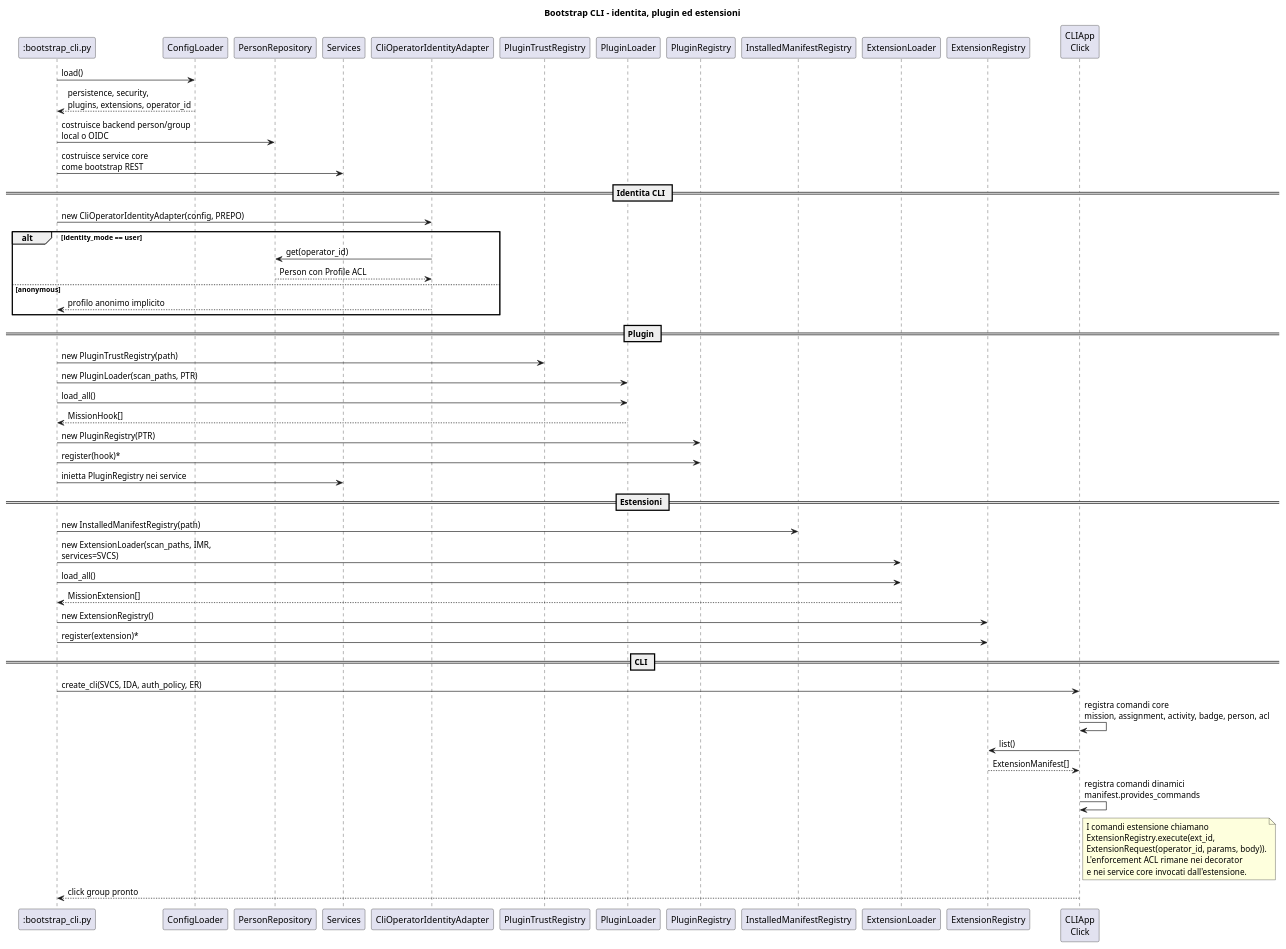
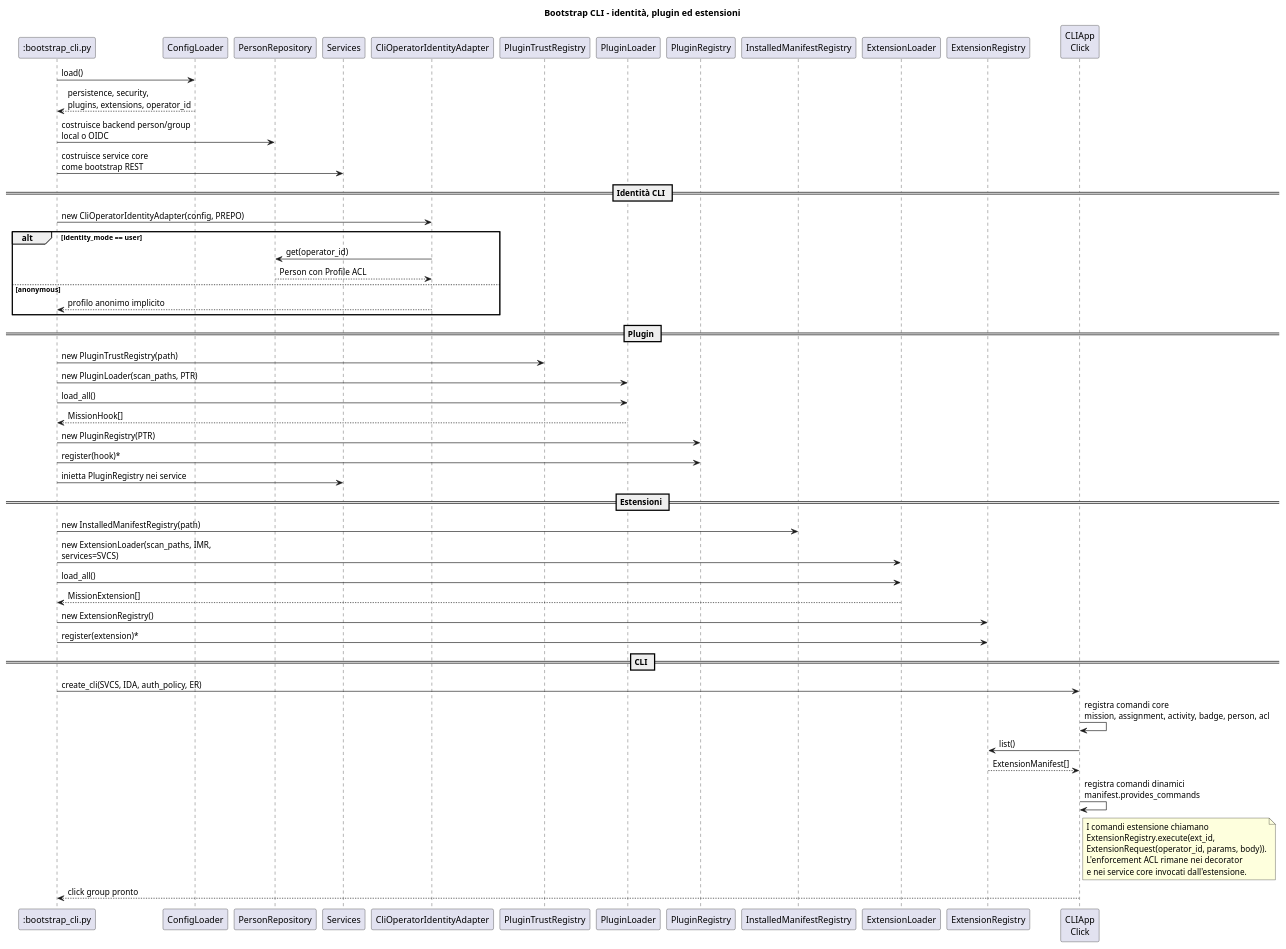
One commit to antlampas/MissionManager changed the diagram in implementation/diagrams/sequence/sequence_bootstrap_cli.puml. Above: the diagram before and after it, drawn with PlantUML. The commit also changed 13 other files, not shown here.

Commit message:
docs: corretti testi e diagrammi UML

```diff
--- a/implementation/diagrams/sequence/sequence_bootstrap_cli.puml
+++ b/implementation/diagrams/sequence/sequence_bootstrap_cli.puml
@@ -1,62 +1,62 @@
 @startuml sequence_bootstrap_cli
 ' SPDX-License-Identifier: CC-BY-SA-4.0
-title Bootstrap CLI - identita, plugin ed estensioni
+title Bootstrap CLI - identità, plugin ed estensioni
 participant ":bootstrap_cli.py" as BOOT
 participant "ConfigLoader" as CFG
 participant "PersonRepository" as PREPO
 participant "Services" as SVCS
 participant "CliOperatorIdentityAdapter" as IDA
 participant "PluginTrustRegistry" as PTR
 participant "PluginLoader" as PL
 participant "PluginRegistry" as PR
 participant "InstalledManifestRegistry" as IMR
 participant "ExtensionLoader" as EL
 participant "ExtensionRegistry" as ER
 participant "CLIApp\nClick" as CLI
 
 BOOT -> CFG: load()
 CFG --> BOOT: persistence, security,\nplugins, extensions, operator_id
 BOOT -> PREPO: costruisce backend person/group\nlocal o OIDC
 BOOT -> SVCS: costruisce service core\ncome bootstrap REST
 
-== Identita CLI ==
+== Identità CLI ==
 BOOT -> IDA: new CliOperatorIdentityAdapter(config, PREPO)
 alt identity_mode == user
   IDA -> PREPO: get(operator_id)
   PREPO --> IDA: Person con Profile ACL
 else anonymous
   IDA --> BOOT: profilo anonimo implicito
 end
 
 == Plugin ==
 BOOT -> PTR: new PluginTrustRegistry(path)
 BOOT -> PL: new PluginLoader(scan_paths, PTR)
 BOOT -> PL: load_all()
 PL --> BOOT: MissionHook[]
 BOOT -> PR: new PluginRegistry(PTR)
 BOOT -> PR: register(hook)*
 BOOT -> SVCS: inietta PluginRegistry nei service
 
 == Estensioni ==
 BOOT -> IMR: new InstalledManifestRegistry(path)
 BOOT -> EL: new ExtensionLoader(scan_paths, IMR,\nservices=SVCS)
 BOOT -> EL: load_all()
 EL --> BOOT: MissionExtension[]
 BOOT -> ER: new ExtensionRegistry()
 BOOT -> ER: register(extension)*
 
 == CLI ==
 BOOT -> CLI: create_cli(SVCS, IDA, auth_policy, ER)
 CLI -> CLI: registra comandi core\nmission, assignment, activity, badge, person, acl
 CLI -> ER: list()
 ER --> CLI: ExtensionManifest[]
 CLI -> CLI: registra comandi dinamici\nmanifest.provides_commands
 note right of CLI
   I comandi estensione chiamano
   ExtensionRegistry.execute(ext_id,
   ExtensionRequest(operator_id, params, body)).
   L'enforcement ACL rimane nei decorator
   e nei service core invocati dall'estensione.
 end note
 CLI --> BOOT: click group pronto
 @enduml
```
